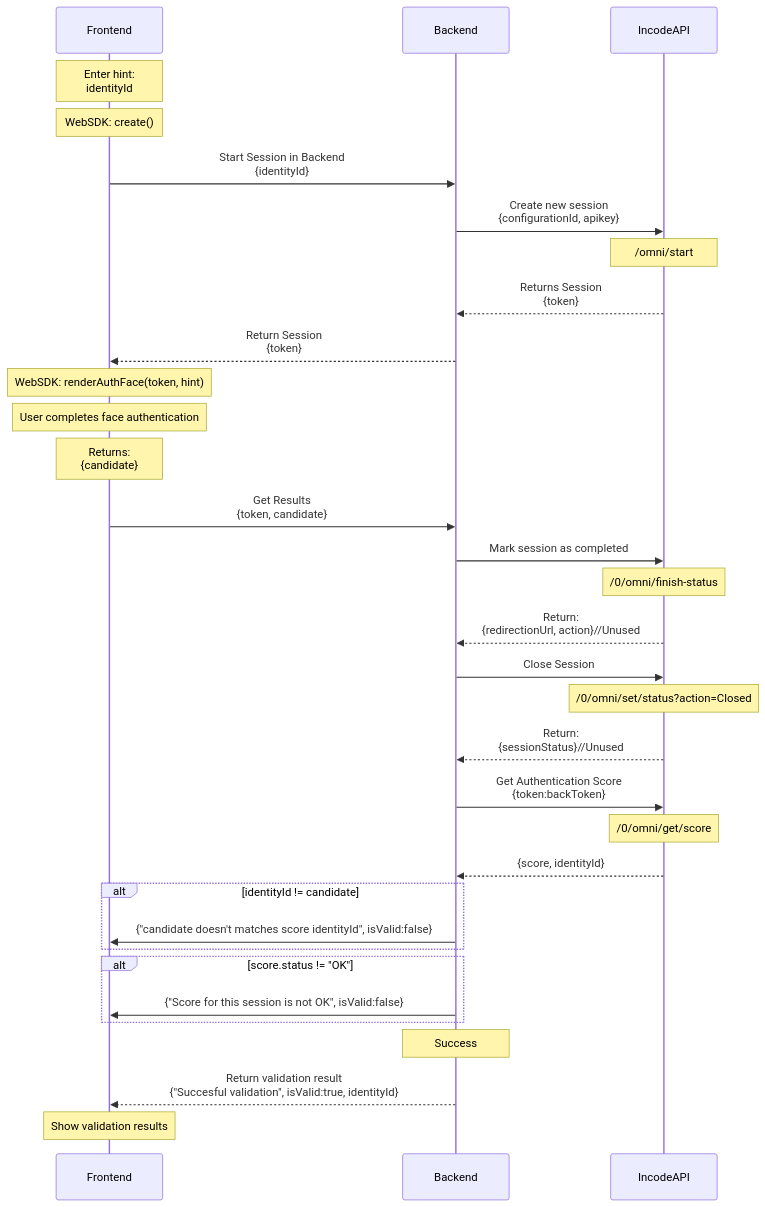
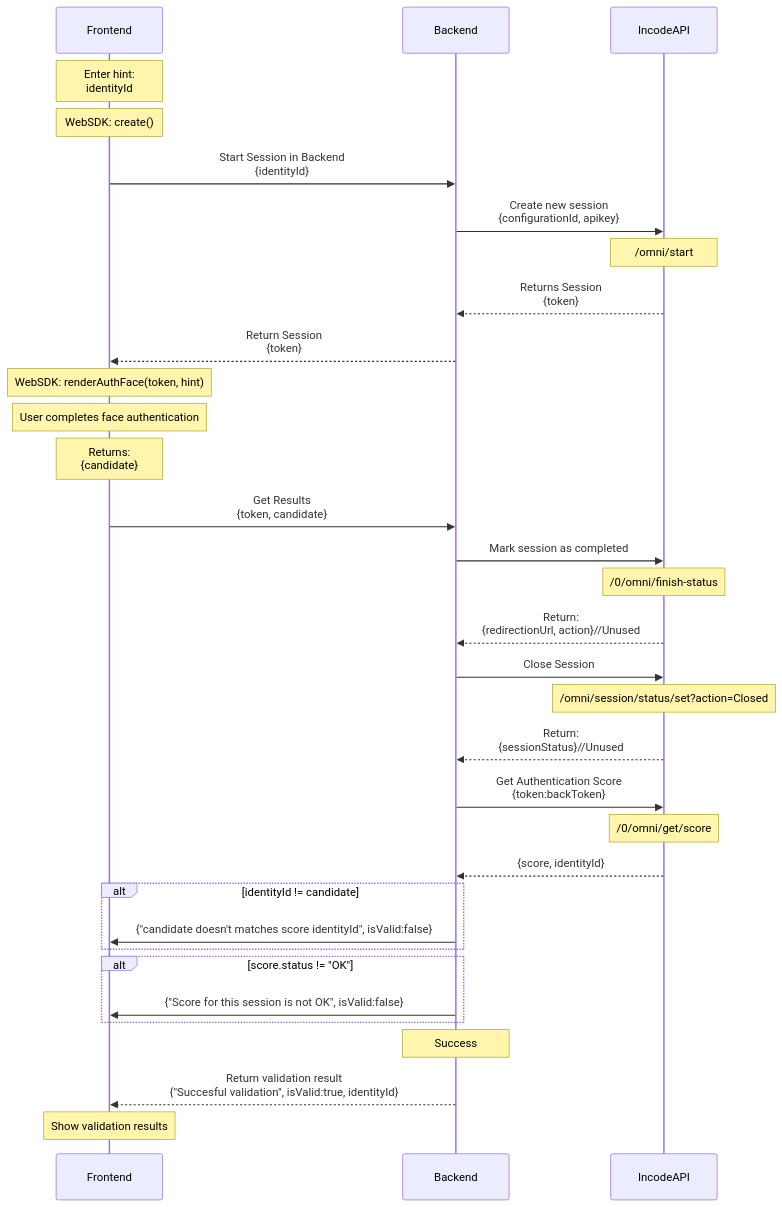
Before and after one commit to Incode-Technologies-Example-Repos/authentication-core-javascript: the diagram in README.md, drawn with Mermaid.

````diff
--- a/README.md
+++ b/README.md
@@ -18,43 +18,43 @@
 ```mermaid
 sequenceDiagram
     participant Frontend
     participant Backend
     participant IncodeAPI
 
     Note over Frontend: Enter hint:<br>identityId
     Note over Frontend: WebSDK: create()
     Frontend->>Backend: Start Session in Backend<br>{identityId}
     Backend->>IncodeAPI: Create new session<br>{configurationId, apikey}
     Note over IncodeAPI: /omni/start
     IncodeAPI-->>Backend: Returns Session<br>{token}
     Backend-->>Frontend: Return Session<br>{token}
 
     Note over Frontend: WebSDK: renderAuthFace(token, hint)
     Note over Frontend: User completes face authentication
     Note over Frontend:Returns:<br>{candidate}
 
     Frontend->>Backend: Get Results<br>{token, candidate}
   
     Backend->>IncodeAPI: Mark session as completed
     Note over IncodeAPI: /0/omni/finish-status
     IncodeAPI-->>Backend: Return:<br>{redirectionUrl, action}//Unused
 
     Backend->>IncodeAPI: Close Session
-    Note over IncodeAPI: /0/omni/set/status?action=Closed
+    Note over IncodeAPI: /omni/session/status/set?action=Closed
     IncodeAPI-->>Backend: Return:<br>{sessionStatus}//Unused
 
     Backend->>IncodeAPI: Get Authentication Score<br>{token:backToken}
     Note over IncodeAPI: /0/omni/get/score
     IncodeAPI-->>Backend: {score, identityId}
     alt identityId != candidate
       Backend->>Frontend: {"candidate doesn't matches score identityId", isValid:false}
     end
     
     alt score.status != "OK"
       Backend->>Frontend: {"Score for this session is not OK", isValid:false}
     end
 
     Note over Backend: Success
     Backend-->>Frontend: Return validation result<br>{"Succesful validation", isValid:true, identityId}
     Note over Frontend: Show validation results
 ```
````
